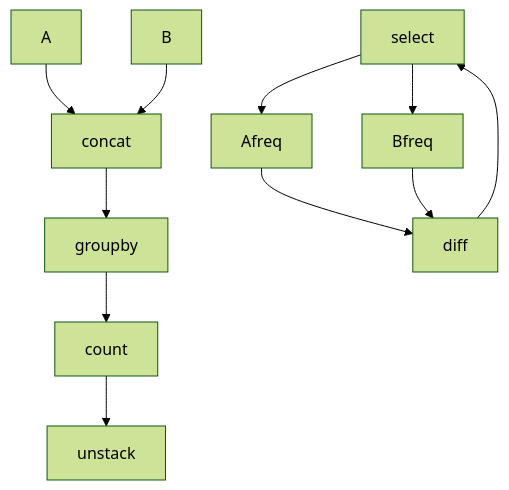
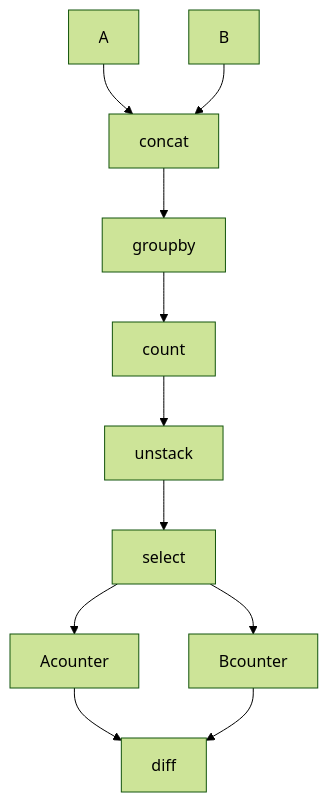
Before and after one commit to mmngreco/pandas-distinct-old: the second of 2 diagrams in README.md, drawn with Mermaid (forest theme). The commit also changed other lines of this file and 2 other files, not shown here.

````diff
--- a/README.md
+++ b/README.md
@@ -115,15 +120,16 @@
 ```mermaid
 graph TD
 linkStyle default interpolate basis
 
 A --> concat
 B --> concat
 concat --> groupby
 groupby --> count
 count --> unstack
-select --> Afreq
-select --> Bfreq
-Afreq --> diff
-Bfreq --> diff
-diff --> select
+unstack --> select
+select --> Acounter
+select --> Bcounter
+Acounter --> diff
+Bcounter --> diff
+diff
 ```
````
